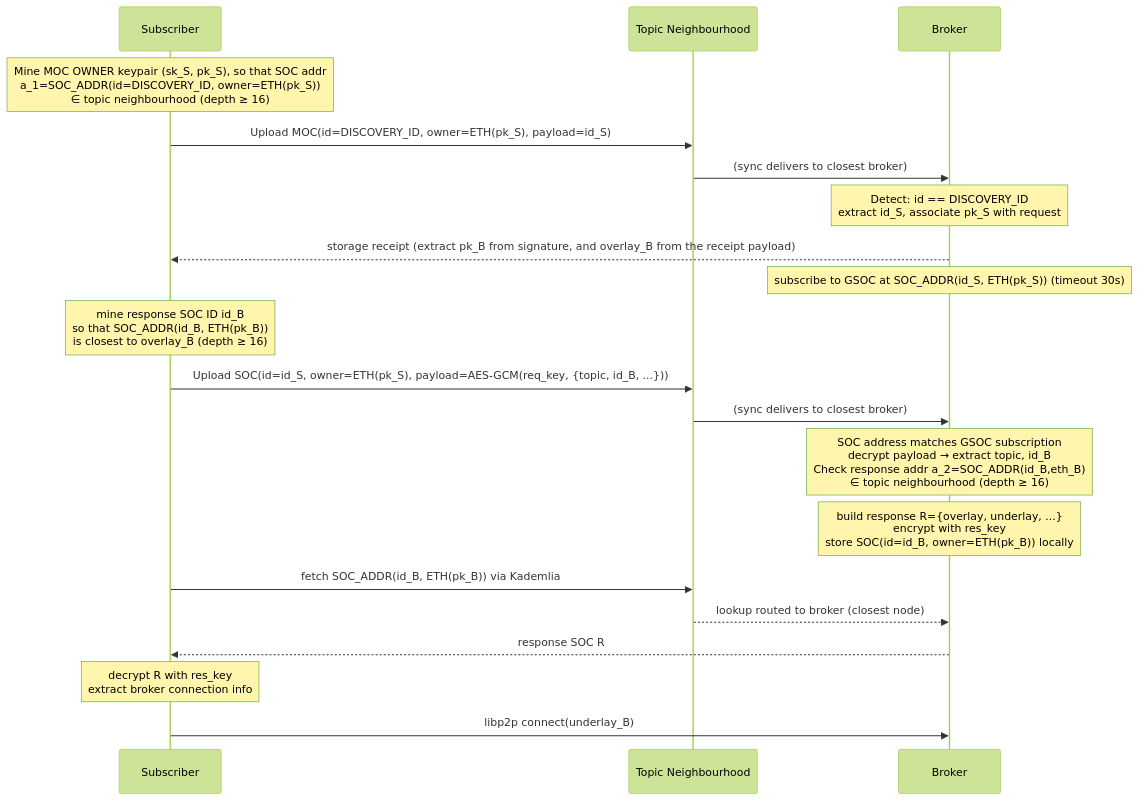
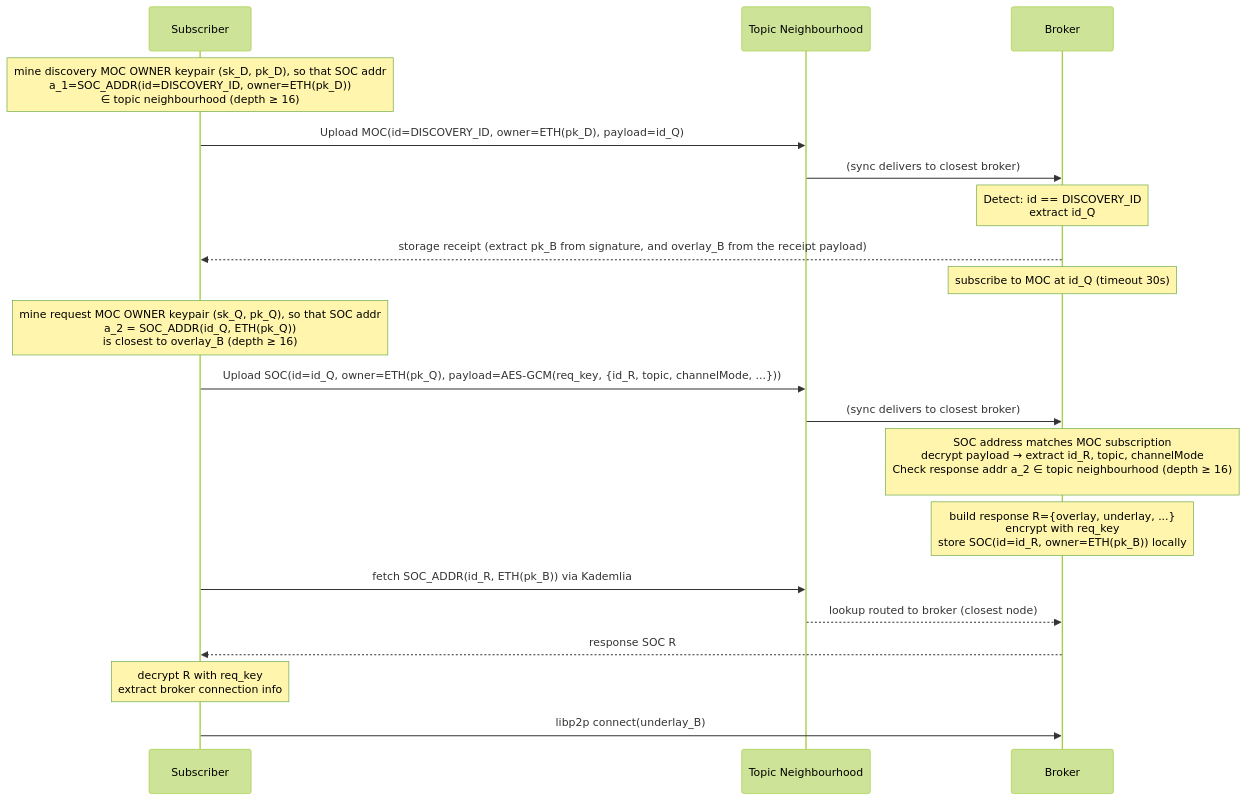
One commit to ethersphere/SWIPs changed the first of 4 diagrams in SWIPs/swip-.md. Above: the diagram before and after it, drawn with Mermaid (forest theme).

Commit message:
feat: MOC discovery

````diff
--- a/SWIPs/swip-.md
+++ b/SWIPs/swip-.md
@@ -163,24 +163,25 @@
 ```mermaid
 sequenceDiagram
     participant S as Subscriber
     participant N as Topic Neighbourhood
     participant B as Broker
 
-    Note over S: Mine MOC OWNER keypair (sk_S, pk_S), so that SOC addr<br/>a_1=SOC_ADDR(id=DISCOVERY_ID, owner=ETH(pk_S))<br/> ∈ topic neighbourhood (depth ≥ 16)
-    S->>N: Upload MOC(id=DISCOVERY_ID, owner=ETH(pk_S), payload=id_S)
+    Note over S: mine discovery MOC OWNER keypair (sk_D, pk_D), so that SOC addr <br>a_1=SOC_ADDR(id=DISCOVERY_ID, owner=ETH(pk_D))<br/> ∈ topic neighbourhood (depth ≥ 16)
+    S->>N: Upload MOC(id=DISCOVERY_ID, owner=ETH(pk_D), payload=id_Q)
     N->>B: (sync delivers to closest broker)
-    Note over B: Detect: id == DISCOVERY_ID<br/>extract id_S, associate pk_S with request
+    Note over B: Detect: id == DISCOVERY_ID<br/>extract id_Q
     B-->>S: storage receipt (extract pk_B from signature, and overlay_B from the receipt payload)
-    Note over B: subscribe to GSOC at SOC_ADDR(id_S, ETH(pk_S)) (timeout 30s)
+    Note over B: subscribe to MOC at id_Q (timeout 30s)
 
-    Note over S: mine response SOC ID id_B<br/>so that SOC_ADDR(id_B, ETH(pk_B))<br/>is closest to overlay_B (depth ≥ 16)
-    S->>N: Upload SOC(id=id_S, owner=ETH(pk_S), payload=AES-GCM(req_key, {topic, id_B, ...}))
+    Note over S: mine request MOC OWNER keypair (sk_Q, pk_Q), so that SOC addr <br>a_2 = SOC_ADDR(id_Q, ETH(pk_Q))<br/>is closest to overlay_B (depth ≥ 16)
+    S->>N: Upload SOC(id=id_Q, owner=ETH(pk_Q), payload=AES-GCM(req_key, {id_R, topic, channelMode, ...}))
     N->>B: (sync delivers to closest broker)
-    Note over B: SOC address matches GSOC subscription<br/>decrypt payload → extract topic, id_B<br/>Check response addr a_2=SOC_ADDR(id_B,eth_B)<br/> ∈ topic neighbourhood (depth ≥ 16)
-    Note over B: build response R={overlay, underlay, ...}<br/>encrypt with res_key<br/>store SOC(id=id_B, owner=ETH(pk_B)) locally
-    S->>N: fetch SOC_ADDR(id_B, ETH(pk_B)) via Kademlia
+    Note over B: SOC address matches MOC subscription<br/>decrypt payload → extract id_R, topic, channelMode <br>Check response addr a_2 ∈ topic neighbourhood (depth ≥ 16)<br/>
+
+    Note over B: build response R={overlay, underlay, ...}<br/>encrypt with req_key<br/>store SOC(id=id_R, owner=ETH(pk_B)) locally
+    S->>N: fetch SOC_ADDR(id_R, ETH(pk_B)) via Kademlia
     N-->>B: lookup routed to broker (closest node)
     B-->>S: response SOC R
-    Note over S: decrypt R with res_key<br/>extract broker connection info
+    Note over S: decrypt R with req_key<br/>extract broker connection info
     S->>B: libp2p connect(underlay_B)
 ```
````
